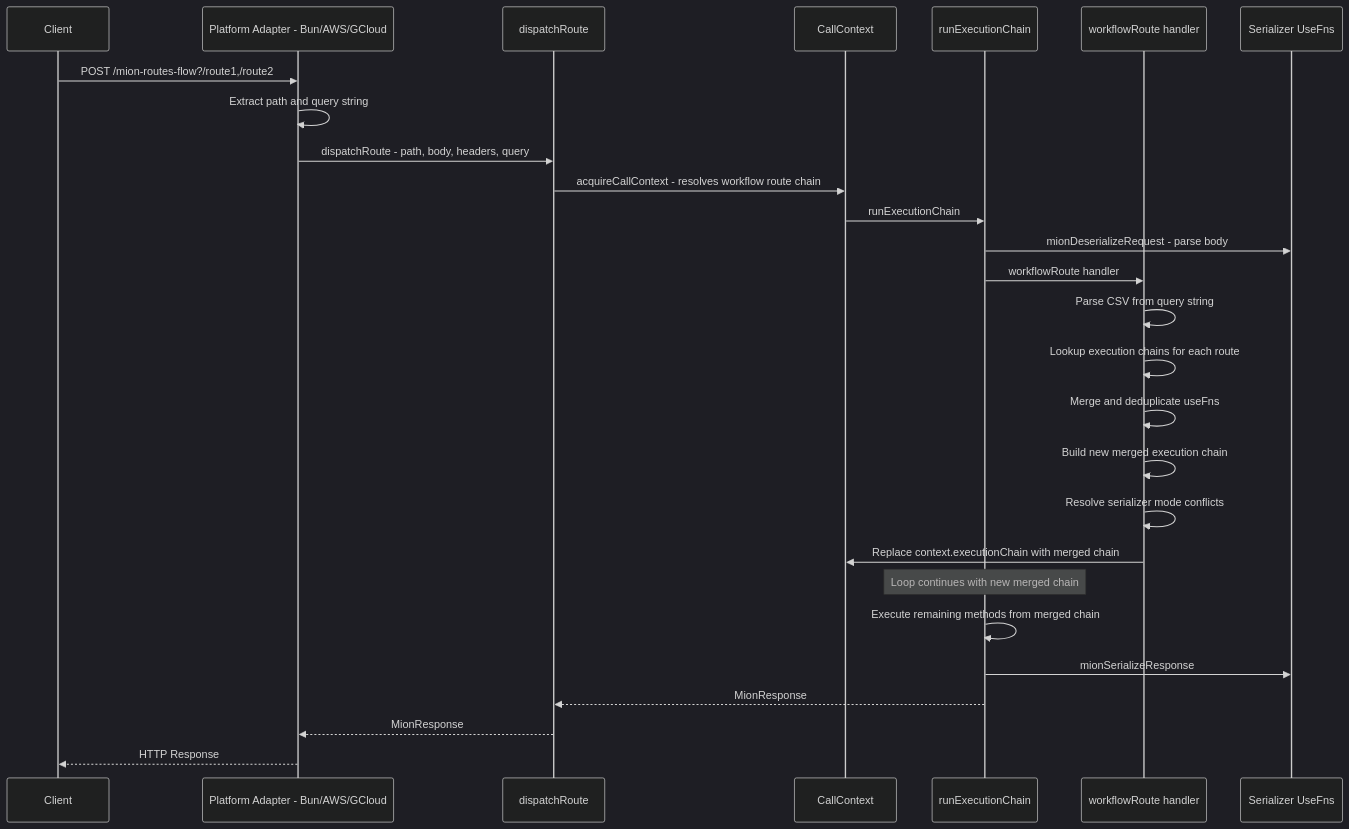
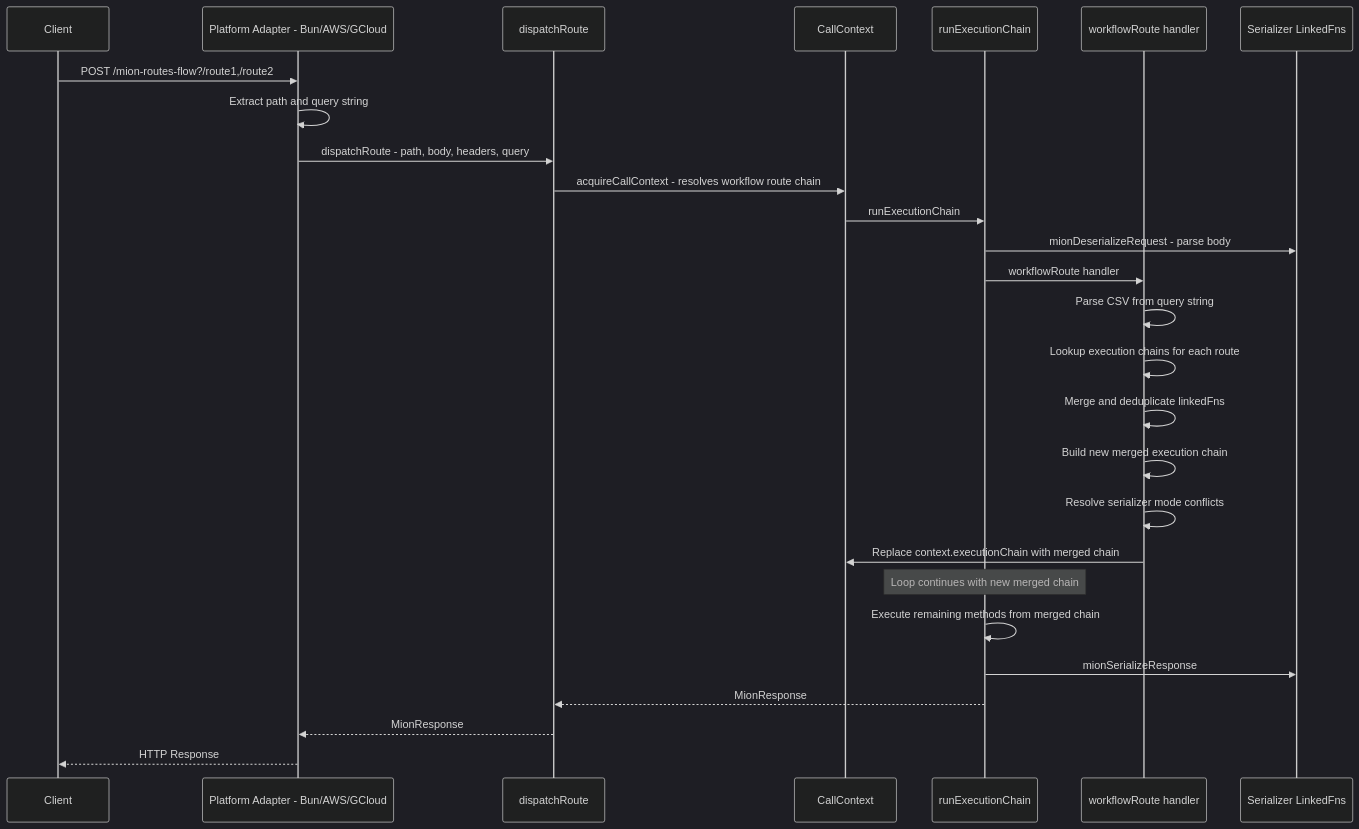
The first of 2 diagrams in plans/workflow-feature.md (MionKit/mion), drawn with Mermaid (dark theme) before and after one commit. The commit also changed other lines of this file and 29 other files, not shown here.

````diff
--- a/plans/workflow-feature.md
+++ b/plans/workflow-feature.md
@@ -15,30 +15,30 @@
 ```mermaid
 sequenceDiagram
     participant Client
     participant Adapter as Platform Adapter - Bun/AWS/GCloud
     participant Dispatch as dispatchRoute
     participant Context as CallContext
     participant Chain as runExecutionChain
     participant WF as workflowRoute handler
-    participant Serializer as Serializer UseFns
+    participant Serializer as Serializer LinkedFns
 
     Client->>Adapter: POST /mion-routes-flow?/route1,/route2
     Adapter->>Adapter: Extract path and query string
     Adapter->>Dispatch: dispatchRoute - path, body, headers, query
     Dispatch->>Context: acquireCallContext - resolves workflow route chain
     Context->>Chain: runExecutionChain
     Chain->>Serializer: mionDeserializeRequest - parse body
     Chain->>WF: workflowRoute handler
     WF->>WF: Parse CSV from query string
     WF->>WF: Lookup execution chains for each route
-    WF->>WF: Merge and deduplicate useFns
+    WF->>WF: Merge and deduplicate linkedFns
     WF->>WF: Build new merged execution chain
     WF->>WF: Resolve serializer mode conflicts
     WF->>Context: Replace context.executionChain with merged chain
     Note over Chain: Loop continues with new merged chain
     Chain->>Chain: Execute remaining methods from merged chain
     Chain->>Serializer: mionSerializeResponse
     Chain-->>Dispatch: MionResponse
     Dispatch-->>Adapter: MionResponse
     Adapter-->>Client: HTTP Response
 ```
````
